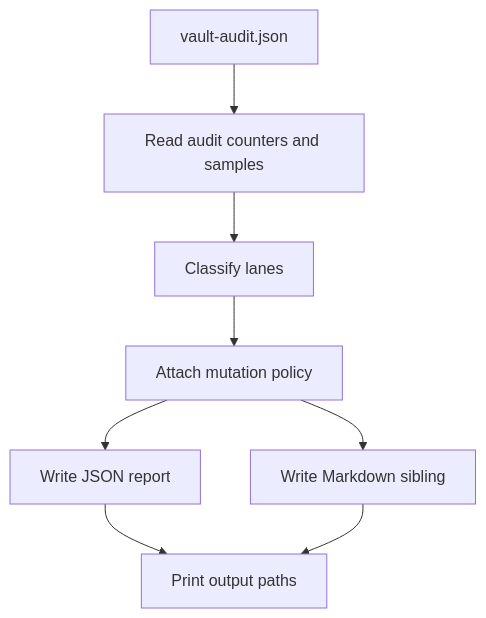
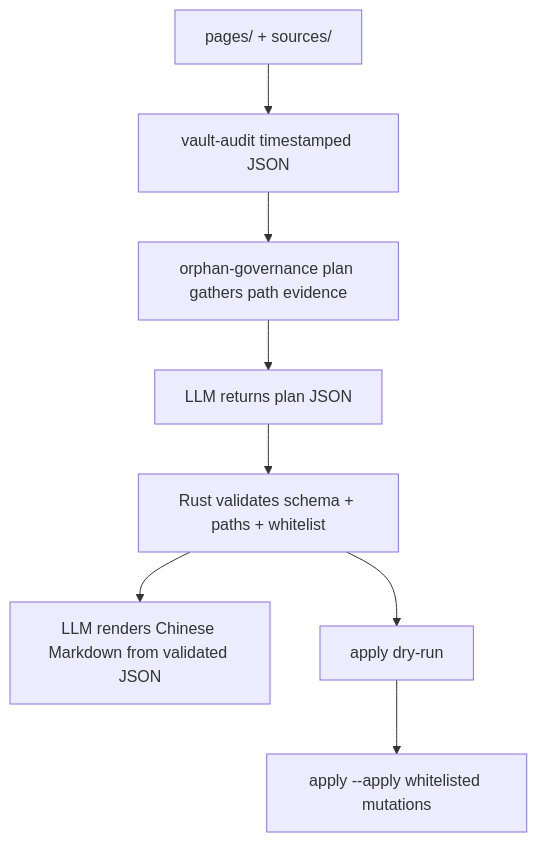
One commit to 6tizer/wiki-mempalace changed the diagram in docs/specs/orphan-governance/design.md. Above: the diagram before and after it, drawn with Mermaid. The commit also changed other lines of this file and 13 other files, not shown here.

Commit message:
feat(b5): add LLM orphan governance plan apply

````diff
--- a/docs/specs/orphan-governance/design.md
+++ b/docs/specs/orphan-governance/design.md
@@ -69,10 +53,10 @@
 ```mermaid
 flowchart TD
-    A["vault-audit.json"] --> B["Read audit counters and samples"]
-    B --> C["Classify lanes"]
-    C --> D["Attach mutation policy"]
-    D --> E["Write JSON report"]
-    D --> F["Write Markdown sibling"]
-    E --> G["Print output paths"]
-    F --> G
+    A["pages/ + sources/"] --> B["vault-audit timestamped JSON"]
+    B --> C["orphan-governance plan gathers path evidence"]
+    C --> D["LLM returns plan JSON"]
+    D --> E["Rust validates schema + paths + whitelist"]
+    E --> F["LLM renders Chinese Markdown from validated JSON"]
+    E --> G["apply dry-run"]
+    G --> H["apply --apply whitelisted mutations"]
 ```
````
